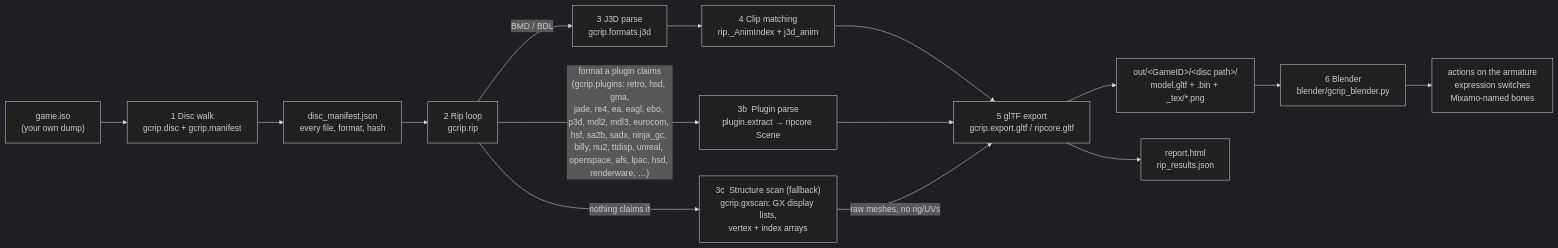
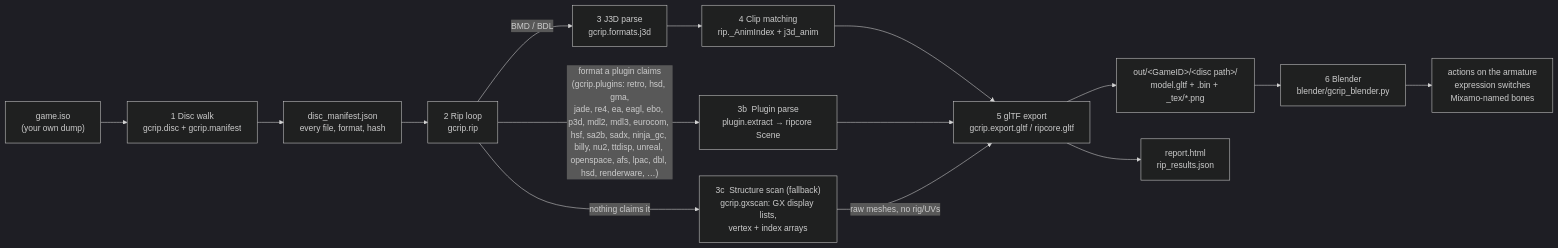
Before and after one commit to Felbs/3d-ripper-9000: the first of 9 diagrams in docs/PIPELINE.md, drawn with Mermaid (dark theme). The commit also changed other lines of this file and 7 other files, not shown here.

First line of the commit message:
gcrip dbl: Avalanche DBL / DBU / MDB records - meshes (GX arrays + FIFO display lists, per-DL material + bone ids), texture tables (CI4 / CI8 / CMPR / RGBA8), material lists; Tak 1-3, Chicken Little, DBZ Sagas ripped (Rugrats textures only); docs + chart

````diff
--- a/docs/PIPELINE.md
+++ b/docs/PIPELINE.md
@@ -11,17 +11,17 @@
 ```mermaid
 flowchart LR
     ISO["game.iso<br/>(your own dump)"] --> WALK["1  Disc walk<br/>gcrip.disc + gcrip.manifest"]
     WALK --> MAN["disc_manifest.json<br/>every file, format, hash"]
     MAN --> RIP["2  Rip loop<br/>gcrip.rip"]
     RIP -->|"BMD / BDL"| J3D["3  J3D parse<br/>gcrip.formats.j3d"]
-    RIP -->|"format a plugin claims<br/>(gcrip.plugins: retro, hsd, gma,<br/>jade, re4, ea, eagl, ebo, p3d, mdl2, mdl3, eurocom, hsf, sa2b, sadx, ninja_gc, billy, nu2, ttdisp, unreal, openspace, afs, lpac, hsd, renderware, …)"| PLUG["3b  Plugin parse<br/>plugin.extract → ripcore Scene"]
+    RIP -->|"format a plugin claims<br/>(gcrip.plugins: retro, hsd, gma,<br/>jade, re4, ea, eagl, ebo, p3d, mdl2, mdl3, eurocom, hsf, sa2b, sadx, ninja_gc, billy, nu2, ttdisp, unreal, openspace, afs, lpac, dbl, hsd, renderware, …)"| PLUG["3b  Plugin parse<br/>plugin.extract → ripcore Scene"]
     RIP -->|"nothing claims it"| GX["3c  Structure scan (fallback)<br/>gcrip.gxscan: GX display lists,<br/>vertex + index arrays"]
     J3D --> ANIM["4  Clip matching<br/>rip._AnimIndex + j3d_anim"]
     ANIM --> GLTF["5  glTF export<br/>gcrip.export.gltf / ripcore.gltf"]
     PLUG --> GLTF
     GX -->|"raw meshes, no rig/UVs"| GLTF
     GLTF --> OUT["out/&lt;GameID&gt;/&lt;disc path&gt;/<br/>model.gltf + .bin + _tex/*.png"]
     GLTF --> REP["report.html<br/>rip_results.json"]
     OUT --> BL["6  Blender<br/>blender/gcrip_blender.py"]
     BL --> PLAY["actions on the armature<br/>expression switches<br/>Mixamo-named bones"]
 ```
````
